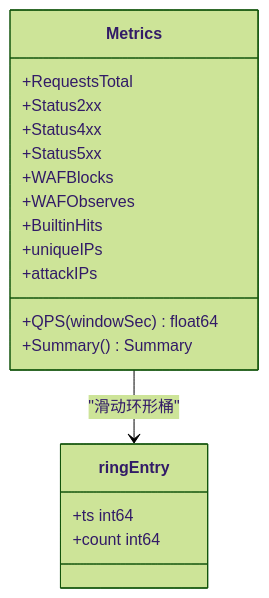
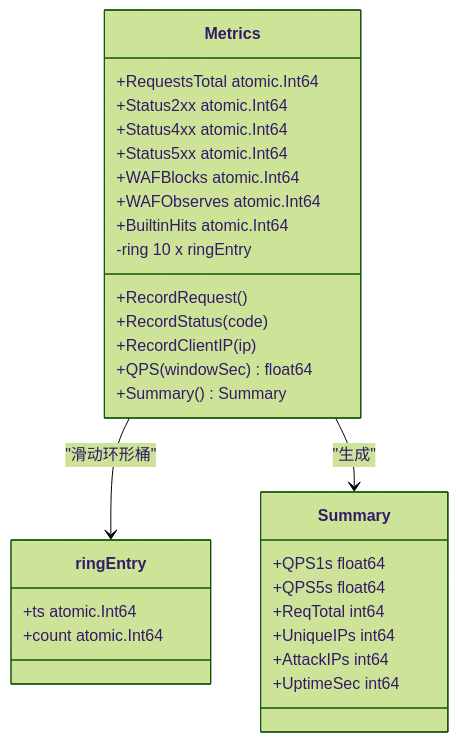
The third of 12 diagrams in docs/数据平面处理/性能监控与调优.md (x01n/My-OpenWaf), drawn with Mermaid (forest theme) before and after one commit. The commit also changed other lines of this file and 622 other files, not shown here.

````diff
--- a/docs/数据平面处理/性能监控与调优.md
+++ b/docs/数据平面处理/性能监控与调优.md
@@ -166,21 +242,32 @@
 ```mermaid
 classDiagram
 class Metrics {
-+RequestsTotal
-+Status2xx
-+Status4xx
-+Status5xx
-+WAFBlocks
-+WAFObserves
-+BuiltinHits
-+uniqueIPs
-+attackIPs
++RequestsTotal atomic.Int64
++Status2xx atomic.Int64
++Status4xx atomic.Int64
++Status5xx atomic.Int64
++WAFBlocks atomic.Int64
++WAFObserves atomic.Int64
++BuiltinHits atomic.Int64
+-ring 10 x ringEntry
++RecordRequest()
++RecordStatus(code)
++RecordClientIP(ip)
 +QPS(windowSec) float64
 +Summary() Summary
 }
 class ringEntry {
-+ts int64
-+count int64
++ts atomic.Int64
++count atomic.Int64
+}
+class Summary {
++QPS1s float64
++QPS5s float64
++ReqTotal int64
++UniqueIPs int64
++AttackIPs int64
++UptimeSec int64
 }
 Metrics --> ringEntry : "滑动环形桶"
+Metrics --> Summary : "生成"
 ```
````
